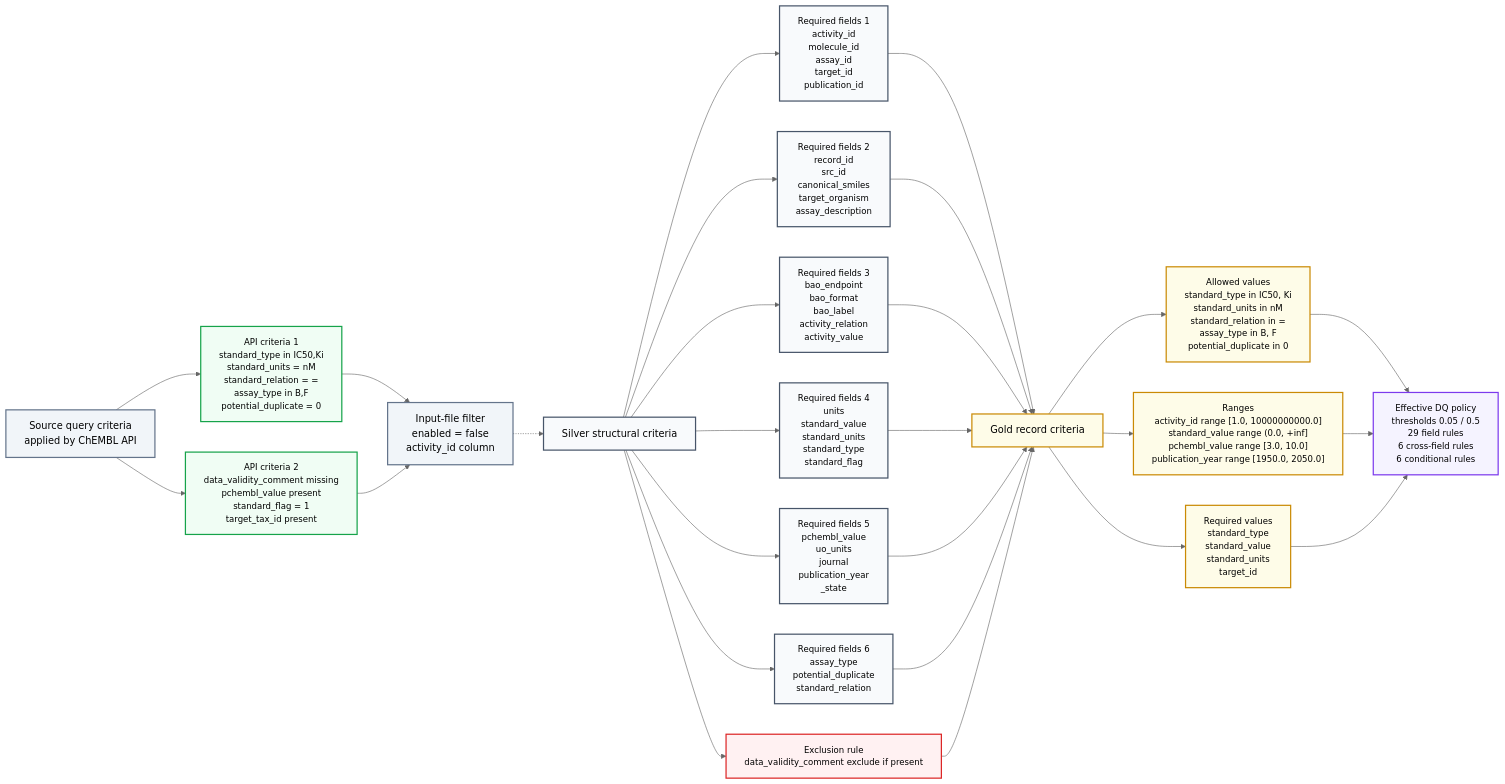
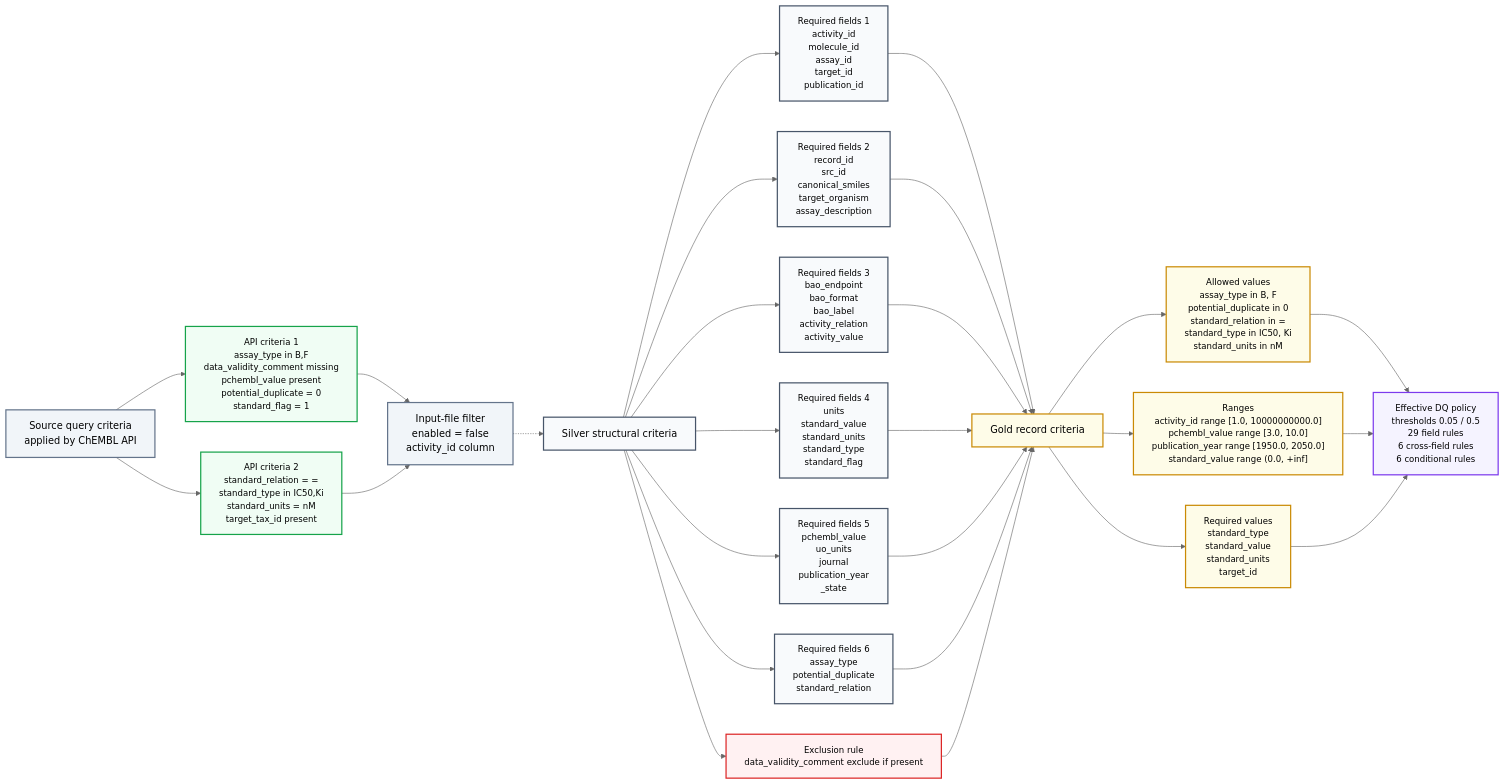
The diagram in docs/02-architecture/diagrams/architecture/50-chembl-pipeline-activity-filter-criteria.mmd (SatoryKono/BioactivityDataAcquisition), drawn with Mermaid before and after one commit. The commit also changed 17 other files, not shown here.

```diff
--- a/docs/02-architecture/diagrams/architecture/50-chembl-pipeline-activity-filter-criteria.mmd
+++ b/docs/02-architecture/diagrams/architecture/50-chembl-pipeline-activity-filter-criteria.mmd
@@ -1,58 +1,58 @@
 %% BioETL — ChEMBL Activity Query And Filtering Criteria
 %% Generated from the resolved chembl_activity configuration and contracts.
 
 %% @version 1.0.0
 %% @date    2026-07-29
 %% @type    flowchart
 %% @level   Pipeline / Rules
 %% @nodes   17
 %% @adr     ADR-002, ADR-040
 %%{init: {'theme': 'neutral', 'themeVariables': {'fontFamily': 'Inter, system-ui', 'lineWidth': '2'}, 'flowchart': {'wrappingWidth': 360}}}%%
 flowchart LR
     Source["Source query criteria<br/>applied by ChEMBL API"]
-    Extract1["API criteria 1<br/>standard_type in IC50,Ki<br/>standard_units = nM<br/>standard_relation = =<br/>assay_type in B,F<br/>potential_duplicate = 0"]
-    Extract2["API criteria 2<br/>data_validity_comment missing<br/>pchembl_value present<br/>standard_flag = 1<br/>target_tax_id present"]
+    Extract1["API criteria 1<br/>assay_type in B,F<br/>data_validity_comment missing<br/>pchembl_value present<br/>potential_duplicate = 0<br/>standard_flag = 1"]
+    Extract2["API criteria 2<br/>standard_relation = =<br/>standard_type in IC50,Ki<br/>standard_units = nM<br/>target_tax_id present"]
     Input["Input-file filter<br/>enabled = false<br/>activity_id column"]
     SilverStage["Silver structural criteria"]
     Silver1["Required fields 1<br/>activity_id<br/>molecule_id<br/>assay_id<br/>target_id<br/>publication_id"]
     Silver2["Required fields 2<br/>record_id<br/>src_id<br/>canonical_smiles<br/>target_organism<br/>assay_description"]
     Silver3["Required fields 3<br/>bao_endpoint<br/>bao_format<br/>bao_label<br/>activity_relation<br/>activity_value"]
     Silver4["Required fields 4<br/>units<br/>standard_value<br/>standard_units<br/>standard_type<br/>standard_flag"]
     Silver5["Required fields 5<br/>pchembl_value<br/>uo_units<br/>journal<br/>publication_year<br/>_state"]
     Silver6["Required fields 6<br/>assay_type<br/>potential_duplicate<br/>standard_relation"]
     SilverExclude["Exclusion rule<br/>data_validity_comment exclude if present"]
     GoldStage["Gold record criteria"]
-    GoldColumns["Allowed values<br/>standard_type in IC50, Ki<br/>standard_units in nM<br/>standard_relation in =<br/>assay_type in B, F<br/>potential_duplicate in 0"]
-    GoldRanges["Ranges<br/>activity_id range [1.0, 10000000000.0]<br/>standard_value range (0.0, +inf]<br/>pchembl_value range [3.0, 10.0]<br/>publication_year range [1950.0, 2050.0]"]
+    GoldColumns["Allowed values<br/>assay_type in B, F<br/>potential_duplicate in 0<br/>standard_relation in =<br/>standard_type in IC50, Ki<br/>standard_units in nM"]
+    GoldRanges["Ranges<br/>activity_id range [1.0, 10000000000.0]<br/>pchembl_value range [3.0, 10.0]<br/>publication_year range [1950.0, 2050.0]<br/>standard_value range (0.0, +inf]"]
     GoldRequired["Required values<br/>standard_type<br/>standard_value<br/>standard_units<br/>target_id"]
     DQ["Effective DQ policy<br/>thresholds 0.05 / 0.5<br/>29 field rules<br/>6 cross-field rules<br/>6 conditional rules"]
 
     Source --> Extract1 --> Input
     Source --> Extract2 --> Input
     Input -.-> SilverStage
     SilverStage --> Silver1 --> GoldStage
     SilverStage --> Silver2 --> GoldStage
     SilverStage --> Silver3 --> GoldStage
     SilverStage --> Silver4 --> GoldStage
     SilverStage --> Silver5 --> GoldStage
     SilverStage --> Silver6 --> GoldStage
     SilverStage --> SilverExclude --> GoldStage
     GoldStage --> GoldColumns --> DQ
     GoldStage --> GoldRanges --> DQ
     GoldStage --> GoldRequired --> DQ
 
     class Source,Input source
     class Extract1,Extract2 process
     class SilverStage,Silver1,Silver2,Silver3,Silver4,Silver5,Silver6 silver
     class SilverExclude warning
     class GoldStage,GoldColumns,GoldRanges,GoldRequired gold
     class DQ dq
     class Extract1,Extract2,Silver1,Silver2,Silver3,Silver4,Silver5,Silver6,SilverExclude,GoldColumns,GoldRanges,GoldRequired,DQ criteriaCard
     classDef criteriaCard font-size:14px
     classDef source fill:#f1f5f9,stroke:#64748b,stroke-width:2px
     classDef process fill:#f0fdf4,stroke:#16a34a,stroke-width:2px
     classDef bronze fill:#fff7ed,stroke:#f59e0b,stroke-width:2px
     classDef silver fill:#f8fafc,stroke:#475569,stroke-width:2px
     classDef gold fill:#fefce8,stroke:#ca8a04,stroke-width:2px
     classDef dq fill:#f5f3ff,stroke:#7c3aed,stroke-width:2px
     classDef warning fill:#fff1f2,stroke:#dc2626,stroke-width:2px
```
